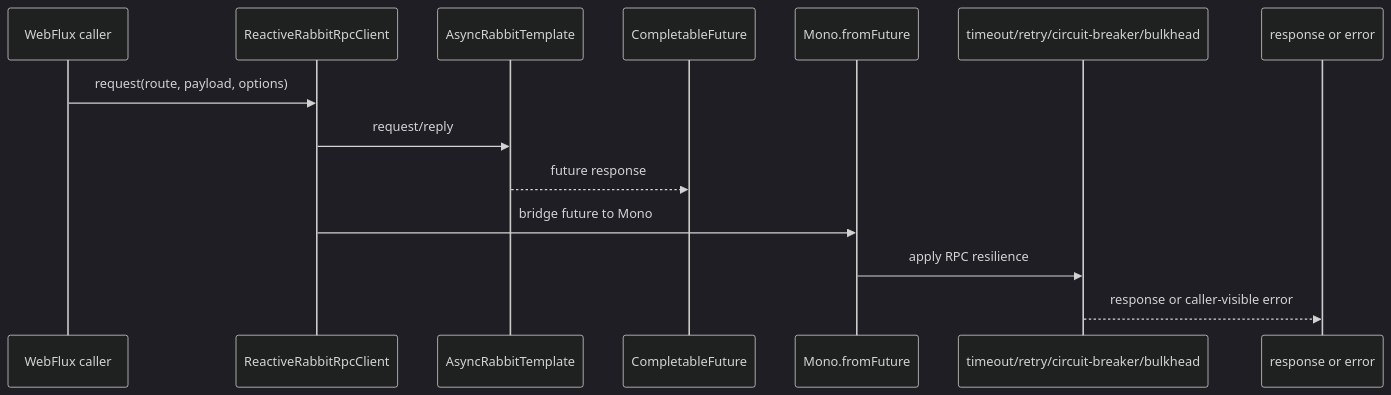
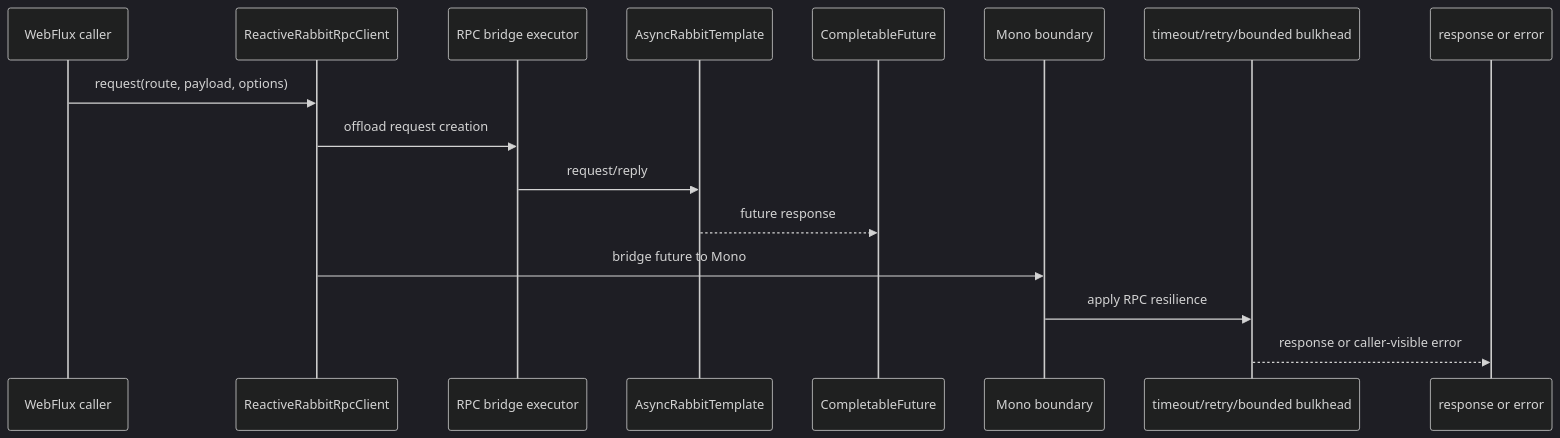
One commit to huynhngochuyhoang/reliable-message changed the sixth of 7 diagrams in docs/architecture-flow.md. Above: the diagram before and after it, drawn with Mermaid (dark theme). The commit also changed other lines of this file and 13 other files, not shown here.

First line of the commit message:
Update documentation for Rabbit RPC WebFlux bridge, including configuration details and usage examples (#20)

````diff
--- a/docs/architecture-flow.md
+++ b/docs/architecture-flow.md
@@ -175,17 +175,19 @@
 ```mermaid
 sequenceDiagram
     participant Caller as WebFlux caller
     participant Client as ReactiveRabbitRpcClient
+    participant Executor as RPC bridge executor
     participant AsyncRabbit as AsyncRabbitTemplate
     participant Future as CompletableFuture
-    participant Mono as Mono.fromFuture
-    participant Resilience as timeout/retry/circuit-breaker/bulkhead
+    participant Mono as Mono boundary
+    participant Resilience as timeout/retry/bounded bulkhead
     participant Result as response or error
 
     Caller->>Client: request(route, payload, options)
-    Client->>AsyncRabbit: request/reply
+    Client->>Executor: offload request creation
+    Executor->>AsyncRabbit: request/reply
     AsyncRabbit-->>Future: future response
     Client->>Mono: bridge future to Mono
     Mono->>Resilience: apply RPC resilience
     Resilience-->>Result: response or caller-visible error
 ```
````
